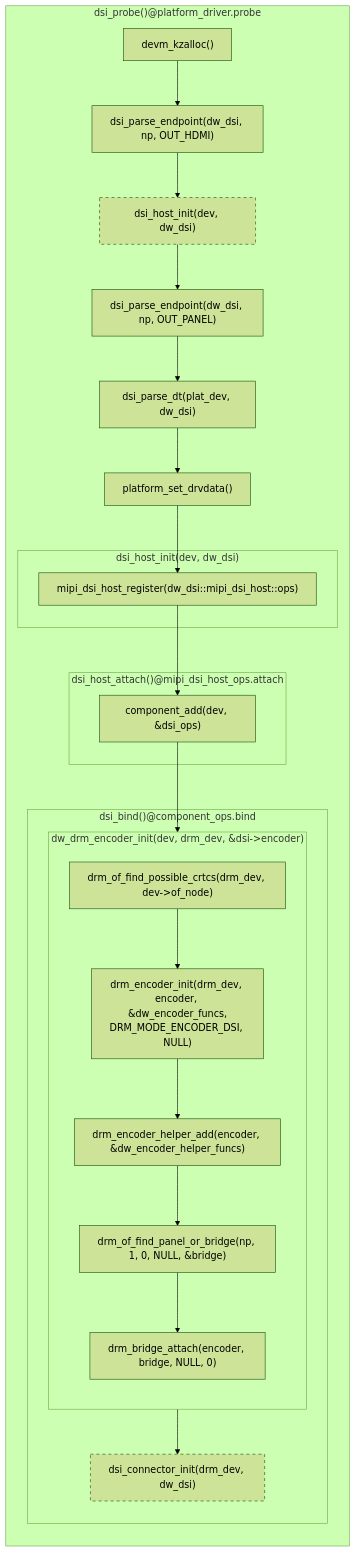
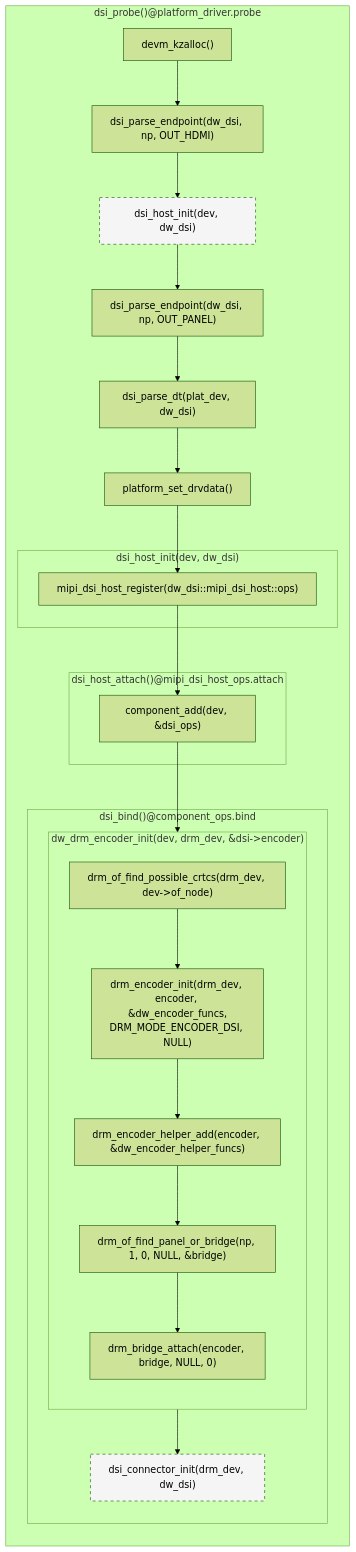
One commit to lucmann/lucmann.github.io changed the third of 3 diagrams in source/_posts/hw/hikey970.md. Above: the diagram before and after it, drawn with Mermaid (forest theme).

Commit message:
hw: hikey970: mermaid: customize node background color

````diff
--- a/source/_posts/hw/hikey970.md
+++ b/source/_posts/hw/hikey970.md
@@ -313,34 +313,34 @@
 ```mermaid
 flowchart TB
     subgraph "dsi_probe()@platform_driver.probe"
         direction TB
         A["devm_kzalloc()"]
         B["dsi_parse_endpoint(dw_dsi, np, OUT_HDMI)"]
         B1["dsi_host_init(dev, dw_dsi)"]
         C["dsi_parse_endpoint(dw_dsi, np, OUT_PANEL)"]
         D["dsi_parse_dt(plat_dev, dw_dsi)"]
         E["platform_set_drvdata()"]
         subgraph "dsi_host_init(dev, dw_dsi)"
             F1["mipi_dsi_host_register(dw_dsi::mipi_dsi_host::ops)"]
         end
         subgraph "dsi_host_attach()@mipi_dsi_host_ops.attach"
             G1["component_add(dev, &dsi_ops)"]
         end
         subgraph "dsi_bind()@component_ops.bind"
             subgraph "dw_drm_encoder_init(dev, drm_dev, &dsi->encoder)"
                 direction TB
                 H11["drm_of_find_possible_crtcs(drm_dev, dev->of_node)"]
                 H12["drm_encoder_init(drm_dev, encoder, &dw_encoder_funcs,<br/>DRM_MODE_ENCODER_DSI, NULL)"]
                 H13["drm_encoder_helper_add(encoder, &dw_encoder_helper_funcs)"]
                 H14["drm_of_find_panel_or_bridge(np, 1, 0, NULL, &bridge)"]
                 H15["drm_bridge_attach(encoder, bridge, NULL, 0)"]
             end
             H2["dsi_connector_init(drm_dev, dw_dsi)"]
         end
 
-        style B1 stroke-dasharray: 5,5
-        style H2 stroke-dasharray: 5,5
+        style B1 fill: #f5f5f5, stroke-dasharray: 5,5
+        style H2 fill: #f5f5f5, stroke-dasharray: 5,5
     end
 
     A --> B --> B1 --> C --> D --> E --> F1 --> G1 --> H11 --> H12 --> H13 --> H14 --> H15 --> H2  
 ```
````
